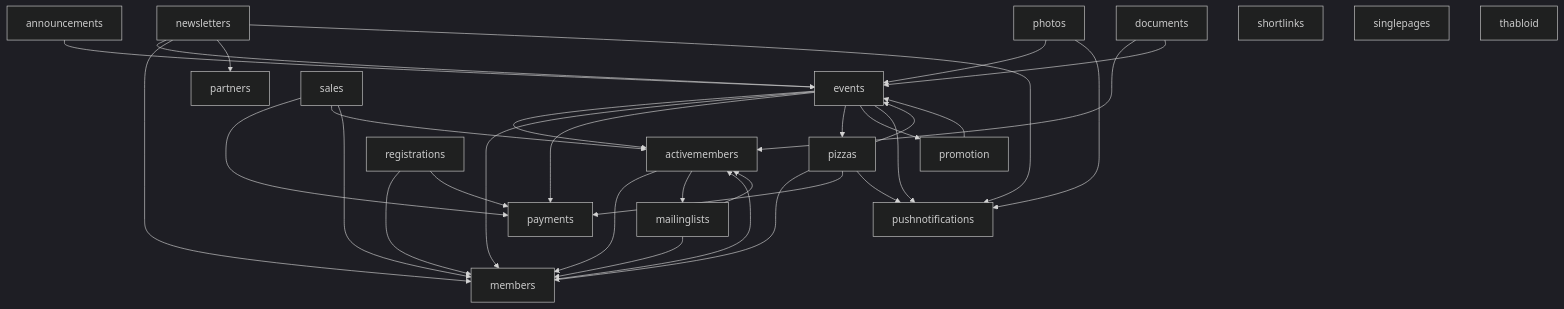
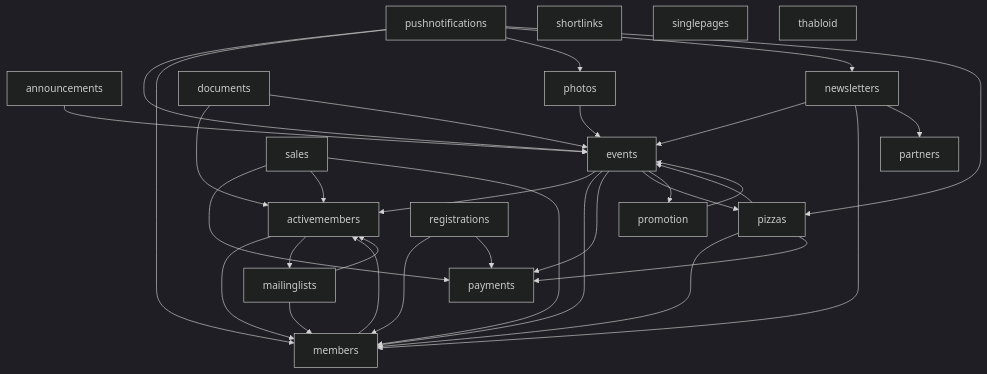
Before and after one commit to svthalia/concrexit: the diagram in README.md, drawn with Mermaid (dark theme).

Commit message:
Update dependency graph

````diff
--- a/README.md
+++ b/README.md
@@ -69,49 +69,47 @@
 ```mermaid
 graph TD;
     announcements --> events;
     activemembers --> members;
     activemembers --> mailinglists;
     events --> activemembers;
     events --> members;
     events --> payments;
     mailinglists --> activemembers;
     mailinglists --> members;
     newsletters --> events;
     newsletters --> members;
     newsletters --> partners;
     photos --> events;
     pizzas --> events;
     pizzas --> members;
     pizzas --> payments;
     promotion --> events;
+    pushnotifications --> events;
+    pushnotifications --> members;
+    pushnotifications --> photos;
+    pushnotifications --> newsletters;
+    pushnotifications --> pizzas;
     registrations --> members;
     registrations --> payments;
     sales --> payments;
     sales --> activemembers;
     sales --> members;
 
     documents;
     partners;
-    pushnotifications;
     shortlinks;
     singlepages;
     thabloid;
 
     %% Current dependencies that are problematic and for which issues exist for fixing
     %% 2757
     documents --> activemembers;
     documents --> events;
 
     %% #2753
     events --> pizzas;
     events --> promotion;
 
     %% #2756
     members --> activemembers;
-
-    %% 2758
-    newsletters --> pushnotifications;
-    events --> pushnotifications;
-    photos --> pushnotifications;
-    pizzas --> pushnotifications;
 ```
````
